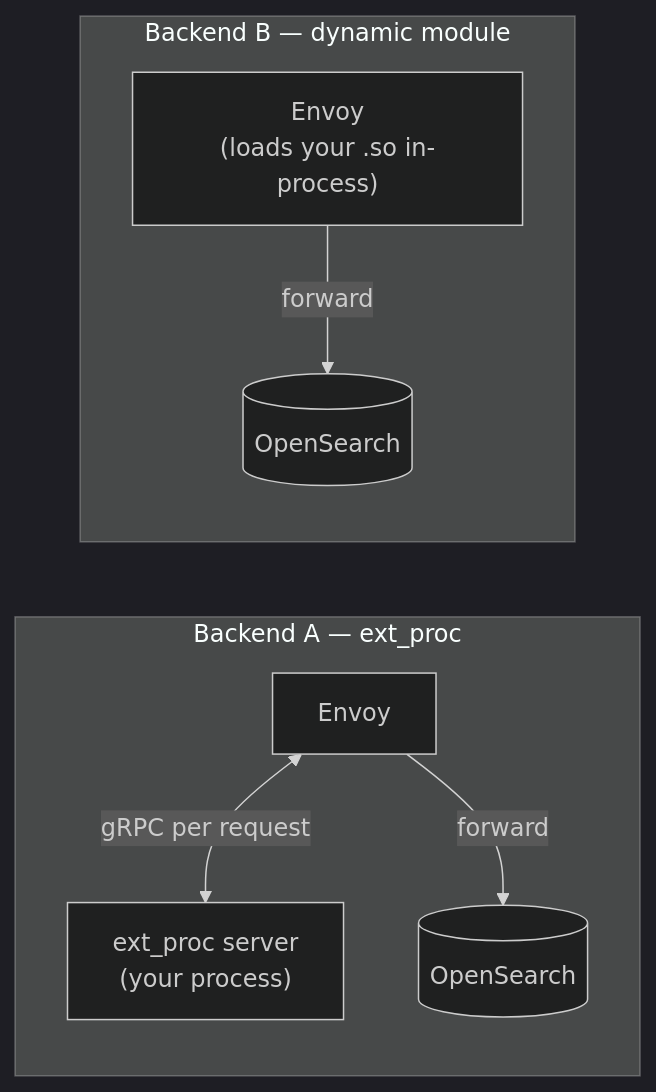
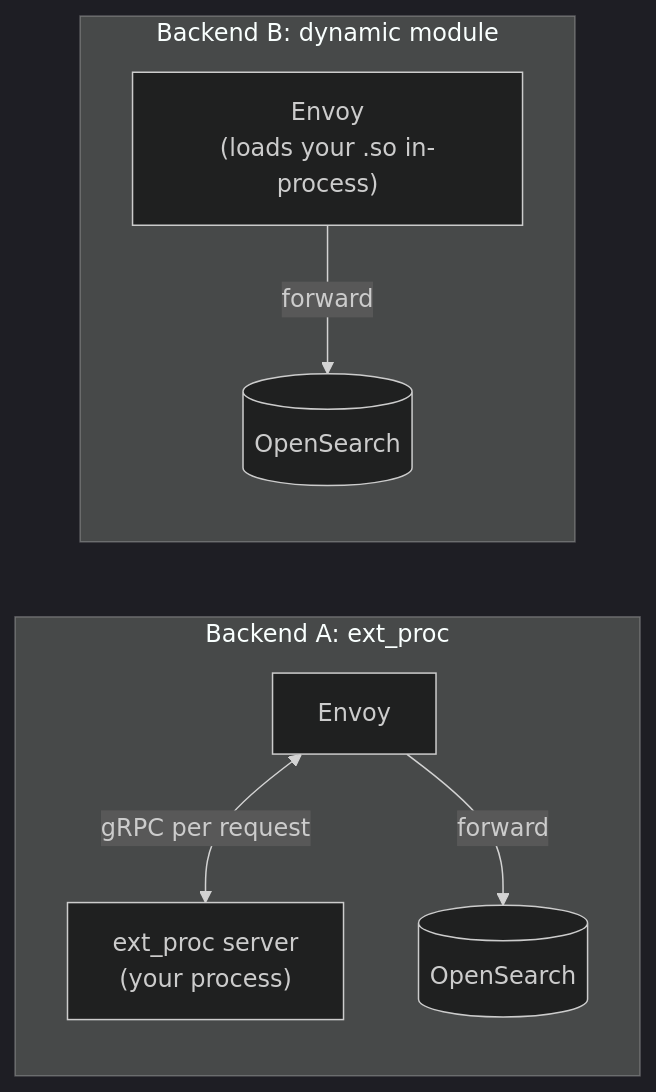
One commit to huyz0/envoy-osproxy changed the second of 3 diagrams in docs/guide/01-architecture.md. Above: the diagram before and after it, drawn with Mermaid (dark theme). The commit also changed other lines of this file and 35 other files, not shown here.

````diff
--- a/docs/guide/01-architecture.md
+++ b/docs/guide/01-architecture.md
@@ -55,12 +77,12 @@
 ```mermaid
 flowchart LR
-  subgraph a["Backend A — ext_proc"]
+  subgraph a["Backend A: ext_proc"]
     direction TB
     ea["Envoy"] <-->|gRPC per request| svc["ext_proc server<br/>(your process)"]
     ea -->|forward| osa[("OpenSearch")]
   end
-  subgraph b["Backend B — dynamic module"]
+  subgraph b["Backend B: dynamic module"]
     direction TB
     eb["Envoy<br/>(loads your .so in-process)"] -->|forward| osb[("OpenSearch")]
   end
 ```
````
